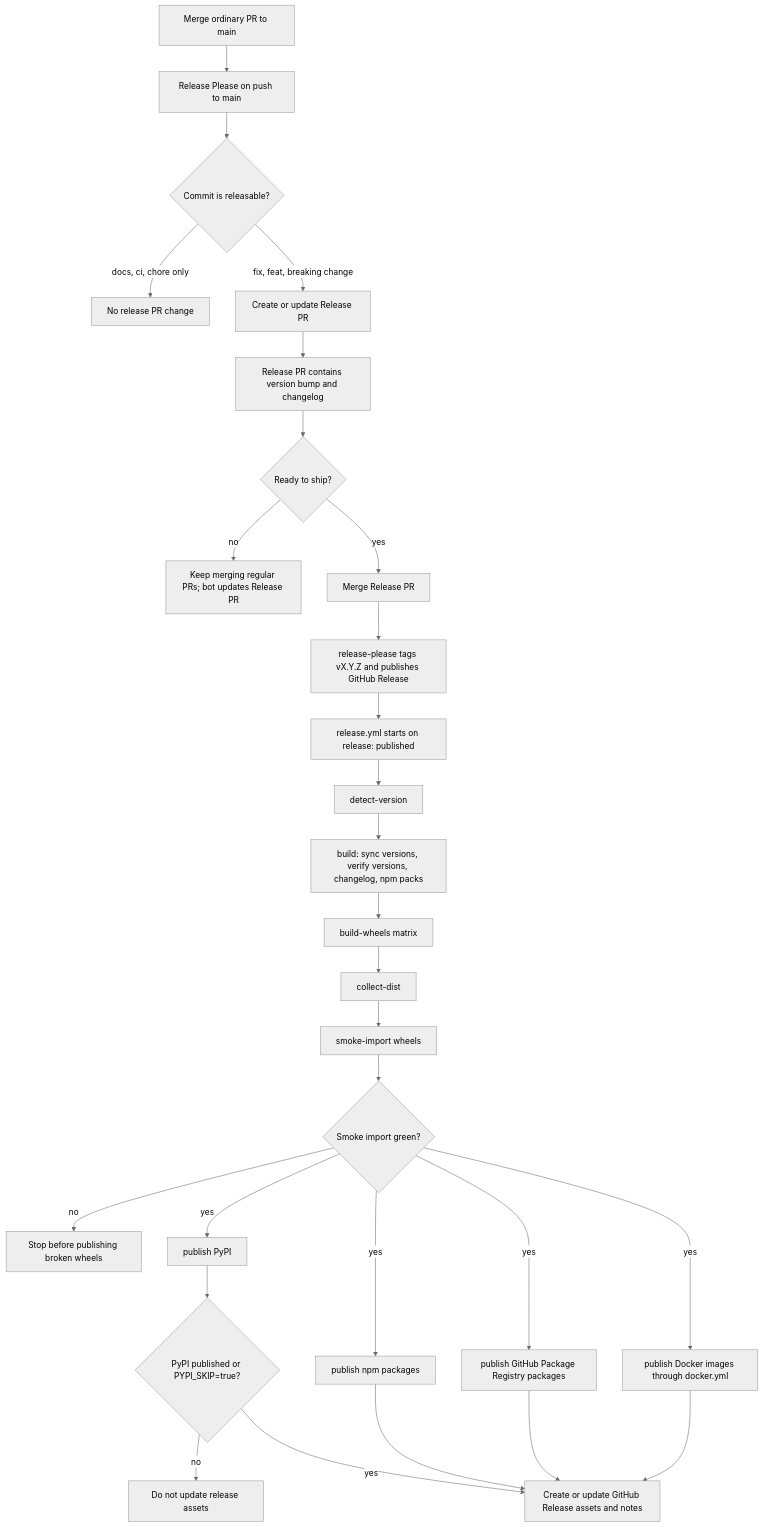
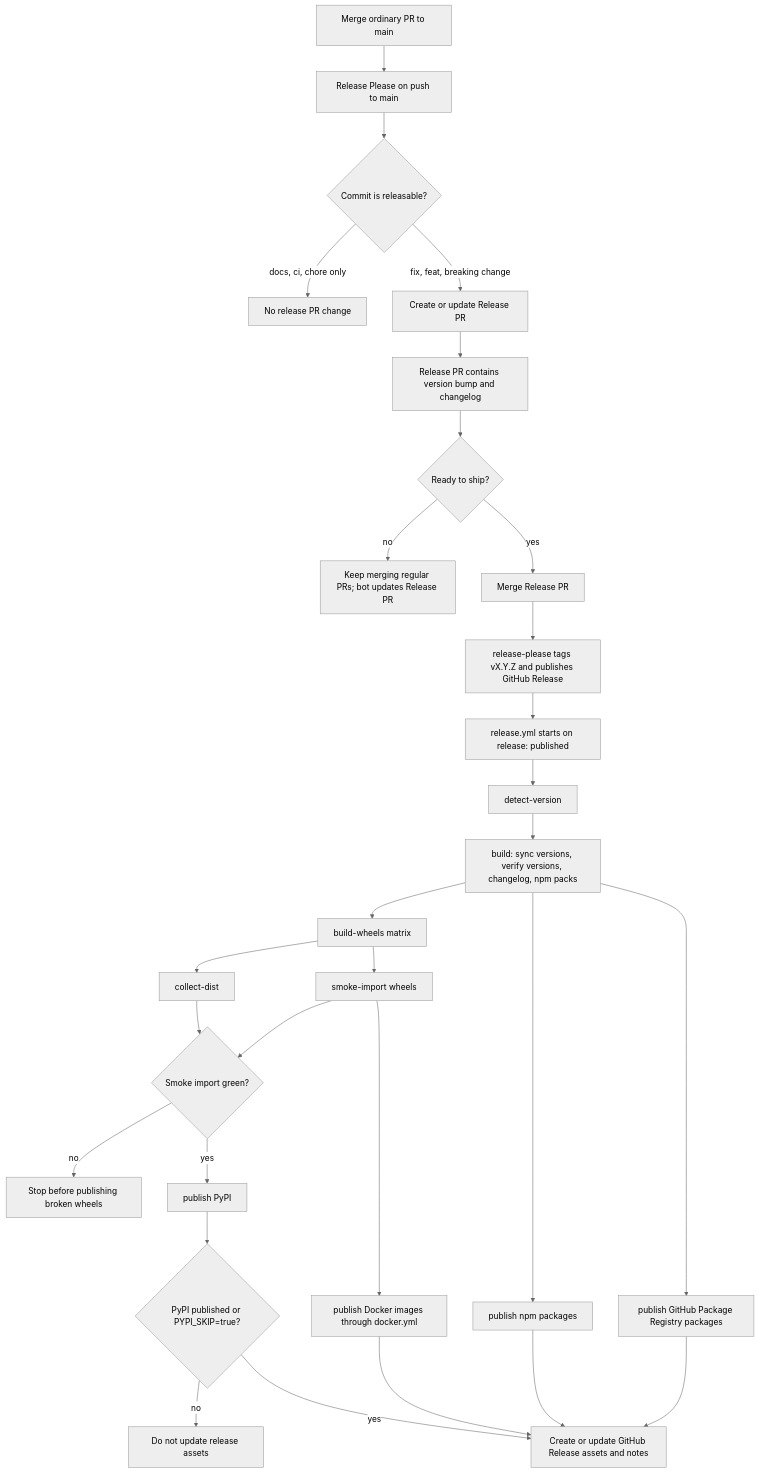
The fourth of 8 diagrams in docs/content/docs/ci-cd-flows.mdx (JerrettDavis/headroom), drawn with Mermaid (neutral theme) before and after one commit. The commit also changed other lines of this file and 44 other files, not shown here.

````diff
--- a/docs/content/docs/ci-cd-flows.mdx
+++ b/docs/content/docs/ci-cd-flows.mdx
@@ -102,30 +102,31 @@
 ```mermaid
 flowchart TD
     A[Merge ordinary PR to main] --> B[Release Please on push to main]
     B --> C{Commit is releasable?}
     C -- docs, ci, chore only --> D[No release PR change]
     C -- fix, feat, breaking change --> E[Create or update Release PR]
     E --> F[Release PR contains version bump and changelog]
     F --> G{Ready to ship?}
     G -- no --> H[Keep merging regular PRs; bot updates Release PR]
     G -- yes --> I[Merge Release PR]
     I --> J[release-please tags vX.Y.Z and publishes GitHub Release]
     J --> K[release.yml starts on release: published]
     K --> L[detect-version]
     L --> M[build: sync versions, verify versions, changelog, npm packs]
     M --> N[build-wheels matrix]
     N --> O[collect-dist]
-    O --> P[smoke-import wheels]
-    P --> Q{Smoke import green?}
+    N --> P[smoke-import wheels]
+    O --> Q{Smoke import green?}
+    P --> Q
     Q -- no --> R[Stop before publishing broken wheels]
     Q -- yes --> S[publish PyPI]
-    Q -- yes --> T[publish npm packages]
-    Q -- yes --> U[publish GitHub Package Registry packages]
-    Q -- yes --> V[publish Docker images through docker.yml]
+    M --> T[publish npm packages]
+    M --> U[publish GitHub Package Registry packages]
+    P --> V[publish Docker images through docker.yml]
     S --> W{PyPI published or PYPI_SKIP=true?}
     W -- no --> X[Do not update release assets]
     W -- yes --> Y[Create or update GitHub Release assets and notes]
     T --> Y
     U --> Y
     V --> Y
 ```
````
